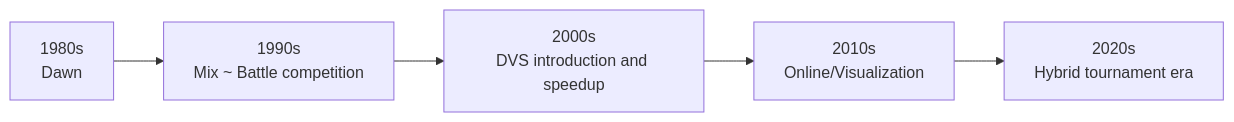
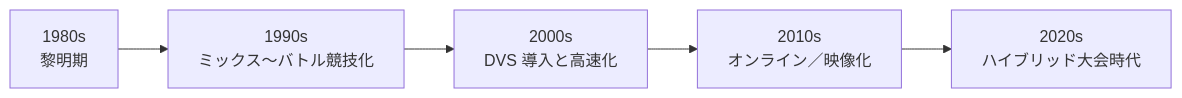
The third of 9 diagrams in en/_posts/2025-11-23-column-dmc-world-dj-championship.md (monumental-movement/monumental-movement.github.io), drawn with Mermaid before and after one commit. The commit also changed other lines of this file and 2196 other files, not shown here.

```diff
--- a/en/_posts/2025-11-23-column-dmc-world-dj-championship.md
+++ b/en/_posts/2025-11-23-column-dmc-world-dj-championship.md
@@ -289,7 +288,7 @@
 <div class="mermaid">
 flowchart LR
-    A[1980s<br>Dawn] --> B[1990s<br>Mix ~ Battle competition]
-    B --> C[2000s<br>DVS introduction and speedup]
-    C --> D[2010s<br>Online/Visualization]
-    D --> E[2020s<br>Hybrid tournament era]
+    A[1980s<br>黎明期] --> B[1990s<br>ミックス〜バトル競技化]
+    B --> C[2000s<br>DVS 導入と高速化]
+    C --> D[2010s<br>オンライン／映像化]
+    D --> E[2020s<br>ハイブリッド大会時代]
 </div>
```
